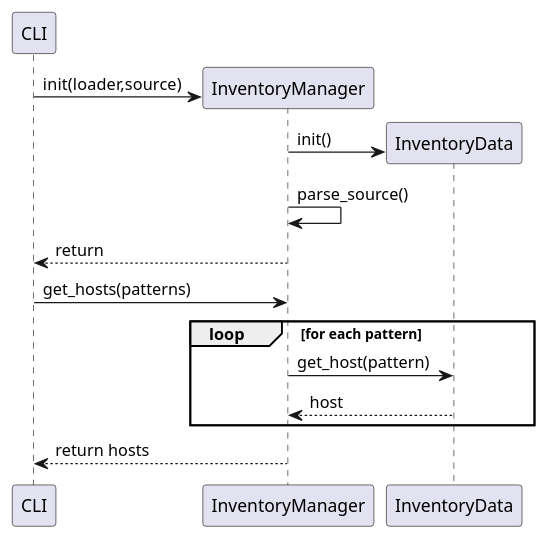
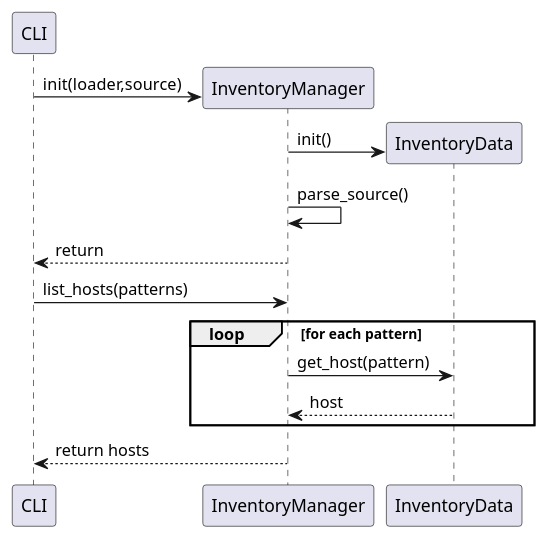
The diagram in project/uml/CLI_Configuration/InventoryManager.puml (ezequiels/nazz), drawn with PlantUML before and after one commit. The commit also changed 6 other files, not shown here.

Commit message:
Updates to seq diagrams

```diff
--- a/project/uml/CLI_Configuration/InventoryManager.puml
+++ b/project/uml/CLI_Configuration/InventoryManager.puml
@@ -1,16 +1,16 @@
 @startuml
 participant CLI
 create InventoryManager
 CLI -> InventoryManager: init(loader,source)
 create InventoryData
 InventoryManager->InventoryData: init()
 InventoryManager->InventoryManager: parse_source()
 CLI <-- InventoryManager: return
-CLI -> InventoryManager: get_hosts(patterns)
+CLI -> InventoryManager: list_hosts(patterns)
 loop for each pattern
 InventoryManager -> InventoryData : get_host(pattern)
 InventoryData --> InventoryManager : host
 end loop
 CLI <-- InventoryManager: return hosts
 
 @enduml
```
